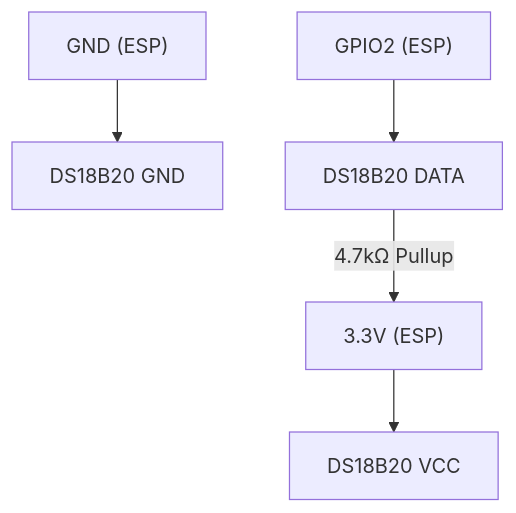
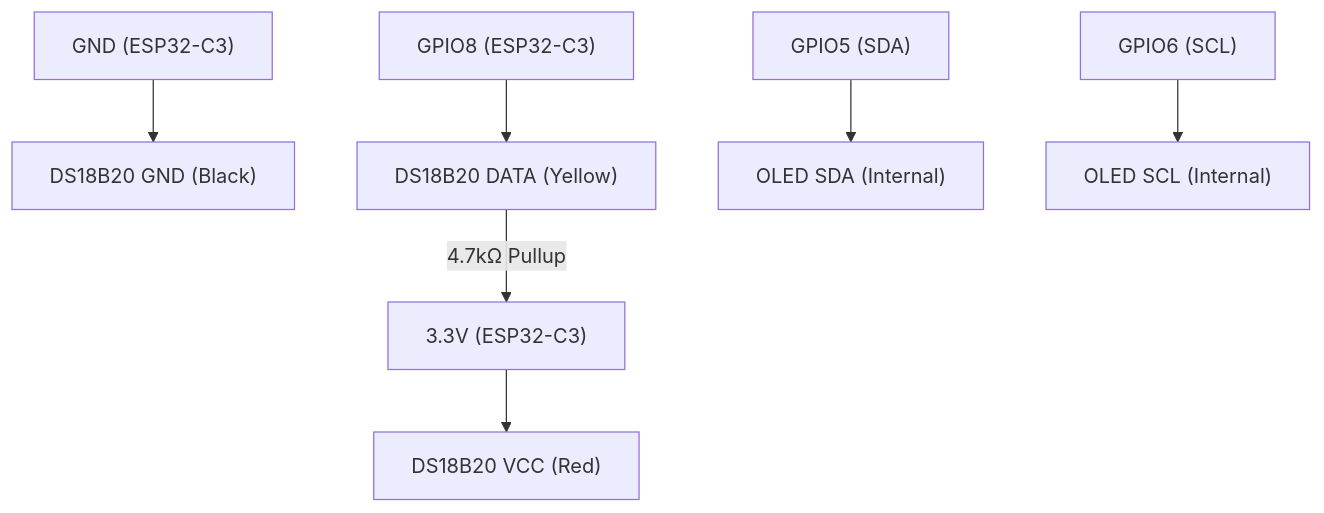
Before and after one commit to a-schulz/esp32-temperature-sensor: the diagram in README.md, drawn with Mermaid. The commit also changed other lines of this file, not shown here.

````diff
--- a/README.md
+++ b/README.md
@@ -31,7 +42,10 @@
 ```mermaid
 graph TD
-    VCC["3.3V (ESP)"] --> DS18B20_VCC["DS18B20 VCC"]
-    GND["GND (ESP)"] --> DS18B20_GND["DS18B20 GND"]
-    GPIO2["GPIO2 (ESP)"] --> DS18B20_DATA["DS18B20 DATA"]
+    VCC["3.3V (ESP32-C3)"] --> DS18B20_VCC["DS18B20 VCC (Red)"]
+    GND["GND (ESP32-C3)"] --> DS18B20_GND["DS18B20 GND (Black)"]
+    GPIO8["GPIO8 (ESP32-C3)"] --> DS18B20_DATA["DS18B20 DATA (Yellow)"]
     DS18B20_DATA -->|4.7kΩ Pullup| VCC
+    
+    SDA_INTERNAL["GPIO5 (SDA)"] --> OLED_SDA["OLED SDA (Internal)"]
+    SCL_INTERNAL["GPIO6 (SCL)"] --> OLED_SCL["OLED SCL (Internal)"]
 ```
````
